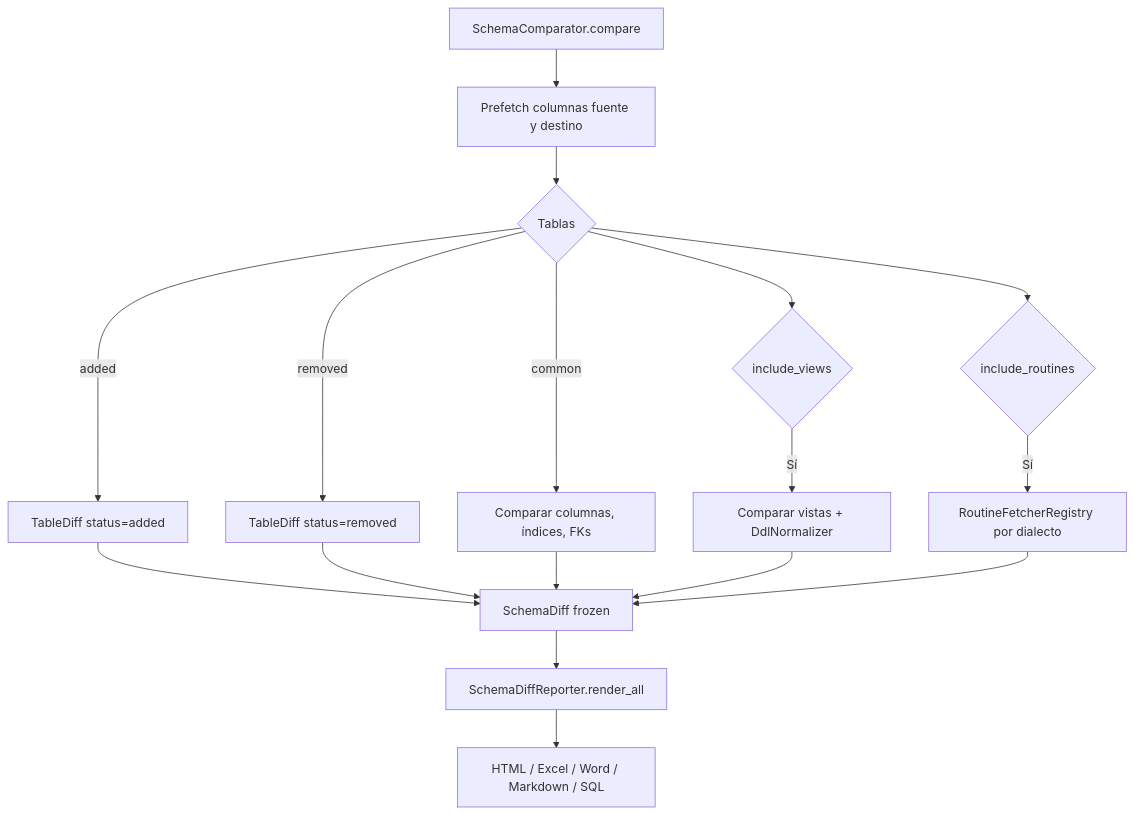
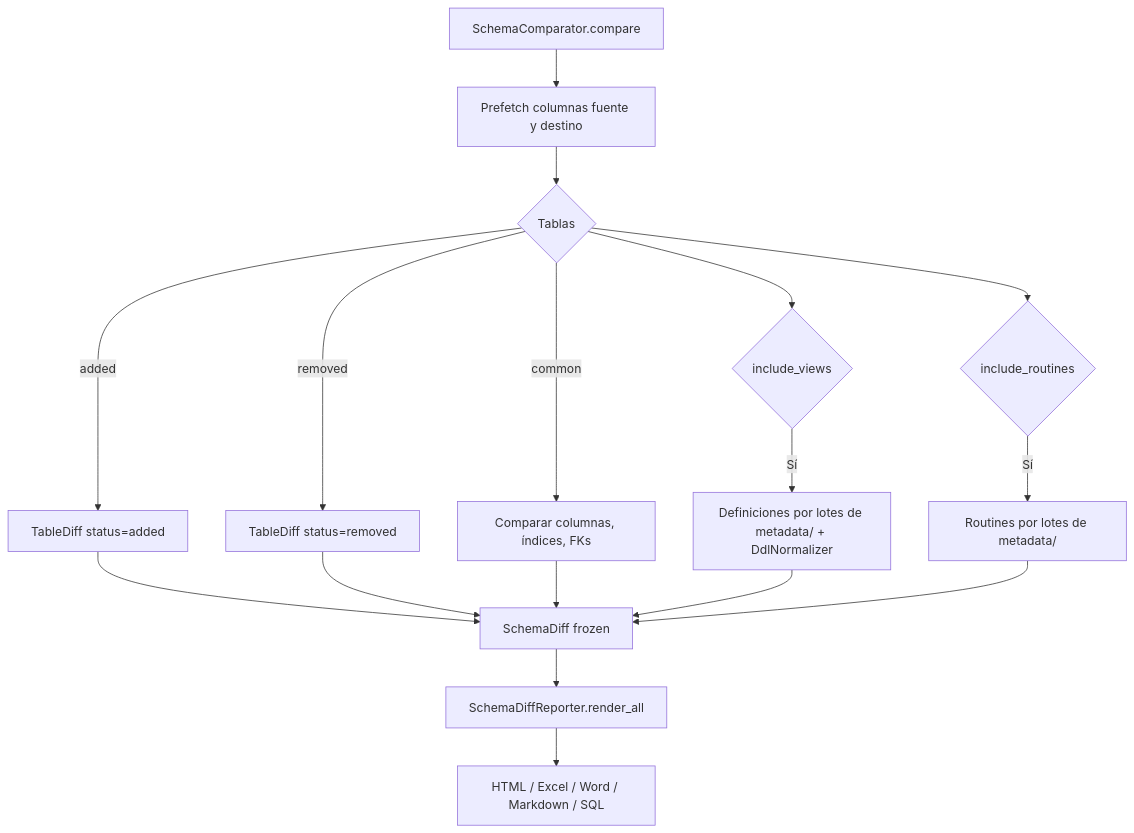
Before and after one commit to fmanza/util_bbdd: the diagram in docs/api/schema_comparator.md, drawn with Mermaid. The commit also changed other lines of this file and 13 other files, not shown here.

First line of the commit message:
perf(comparar)!: vistas y routines por lotes desde metadata/ (C4)

````diff
--- a/docs/api/schema_comparator.md
+++ b/docs/api/schema_comparator.md
@@ -7,15 +7,15 @@
 ```mermaid
 flowchart TD
     A[SchemaComparator.compare] --> B[Prefetch columnas fuente y destino]
     B --> C{Tablas}
     C -->|added| D[TableDiff status=added]
     C -->|removed| E[TableDiff status=removed]
     C -->|common| F[Comparar columnas, índices, FKs]
     C --> G{include_views}
-    G -->|Sí| H[Comparar vistas + DdlNormalizer]
+    G -->|Sí| H[Definiciones por lotes de metadata/ + DdlNormalizer]
     C --> I{include_routines}
-    I -->|Sí| J[RoutineFetcherRegistry por dialecto]
+    I -->|Sí| J[Routines por lotes de metadata/]
     D & E & F & H & J --> K[SchemaDiff frozen]
     K --> L[SchemaDiffReporter.render_all]
     L --> M[HTML / Excel / Word / Markdown / SQL]
 ```
````
